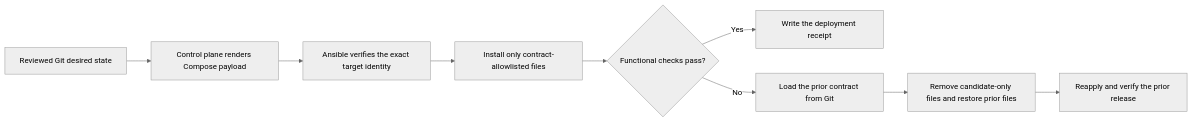
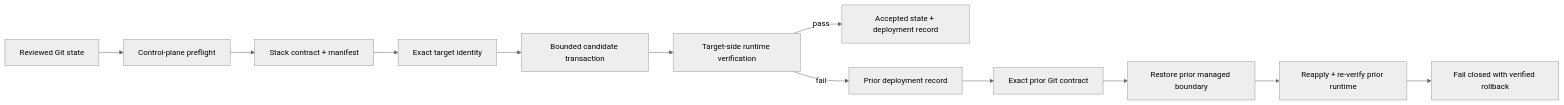
Before and after one commit to d-prost/homelab-ops-blueprint: the diagram in README.md, drawn with Mermaid (neutral theme). The commit also changed other lines of this file and 6 other files, not shown here.

````diff
--- a/README.md
+++ b/README.md
@@ -29,11 +53,14 @@
 ```mermaid
 flowchart LR
-    A["Reviewed Git desired state"] --> B["Control plane renders Compose payload"]
-    B --> C["Ansible verifies the exact target identity"]
-    C --> D["Install only contract-allowlisted files"]
-    D --> E{"Functional checks pass?"}
-    E -->|Yes| F["Write the deployment receipt"]
-    E -->|No| G["Load the prior contract from Git"]
-    G --> H["Remove candidate-only files and restore prior files"]
-    H --> I["Reapply and verify the prior release"]
+    A["Reviewed Git state"] --> B["Control-plane preflight"]
+    B --> C["Stack contract + manifest"]
+    C --> D["Exact target identity"]
+    D --> E["Bounded candidate transaction"]
+    E --> F["Target-side runtime verification"]
+    F -->|pass| G["Accepted state + deployment record"]
+    F -->|fail| H["Prior deployment record"]
+    H --> I["Exact prior Git contract"]
+    I --> J["Restore prior managed boundary"]
+    J --> K["Reapply + re-verify prior runtime"]
+    K --> L["Fail closed with verified rollback"]
 ```
````
